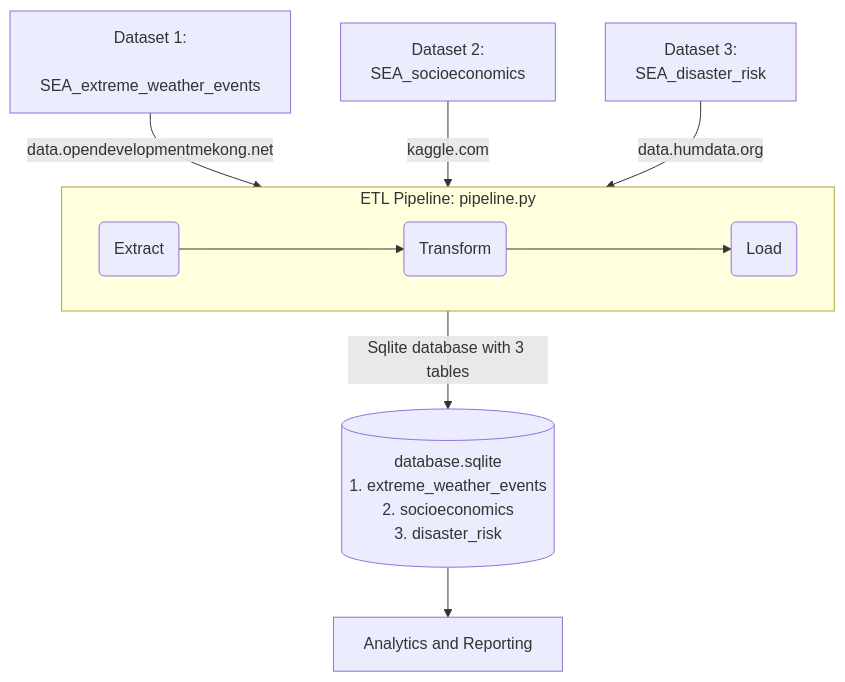
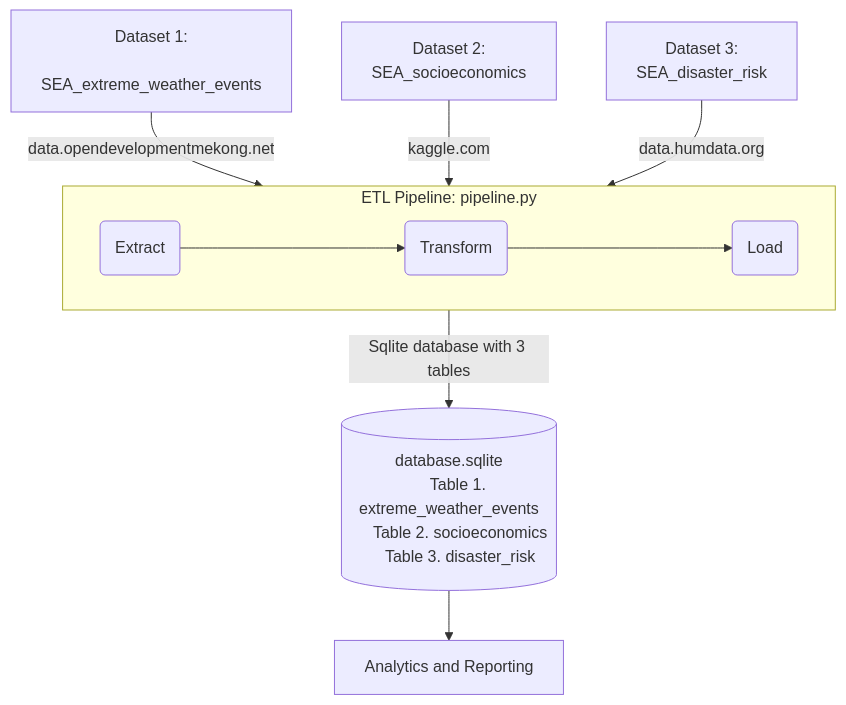
The diagram in project/project-plan.md (kristen149/FAUdata-enginnering-project), drawn with Mermaid before and after one commit. The commit also changed 1 other file, not shown here.

Commit message:
Update .gitignore

````diff
--- a/project/project-plan.md
+++ b/project/project-plan.md
@@ -124,19 +124,19 @@
 ``` mermaid
 flowchart TB
   
   A[Dataset 1:
     SEA_extreme_weather_events] --data.opendevelopmentmekong.net--> SUB0 --Sqlite database with 3 tables--> db1[("database.sqlite
-     1. extreme_weather_events
-     2. socioeconomics
-     3. disaster_risk")] --> G[Analytics and Reporting] 
+     Table 1. extreme_weather_events
+     Table 2. socioeconomics
+     Table 3. disaster_risk")] --> G[Analytics and Reporting] 
   B[Dataset 2:
     SEA_socioeconomics] --kaggle.com --> SUB0 
   C[Dataset 3:
     SEA_disaster_risk] --data.humdata.org --> SUB0
 
 
 subgraph SUB0[ETL Pipeline: pipeline.py]
     direction LR
     D(Extract)----> E(Transform)----> F(Load)
 end
 ```
````
